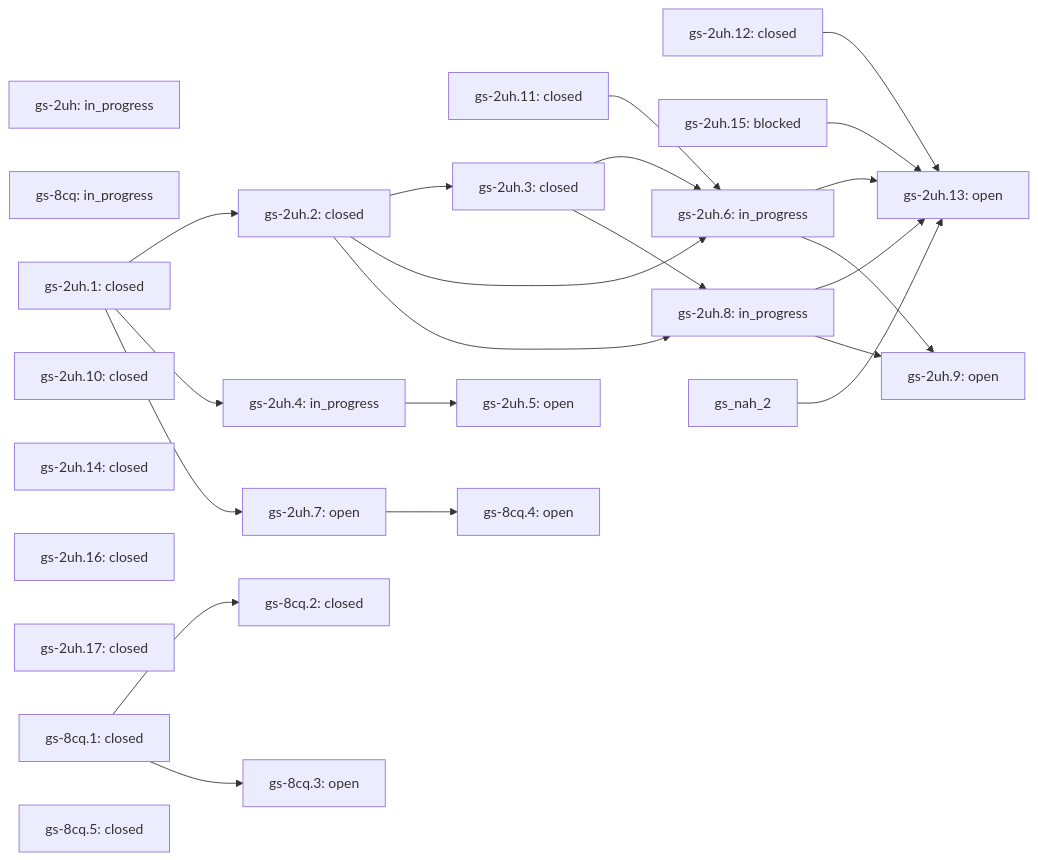
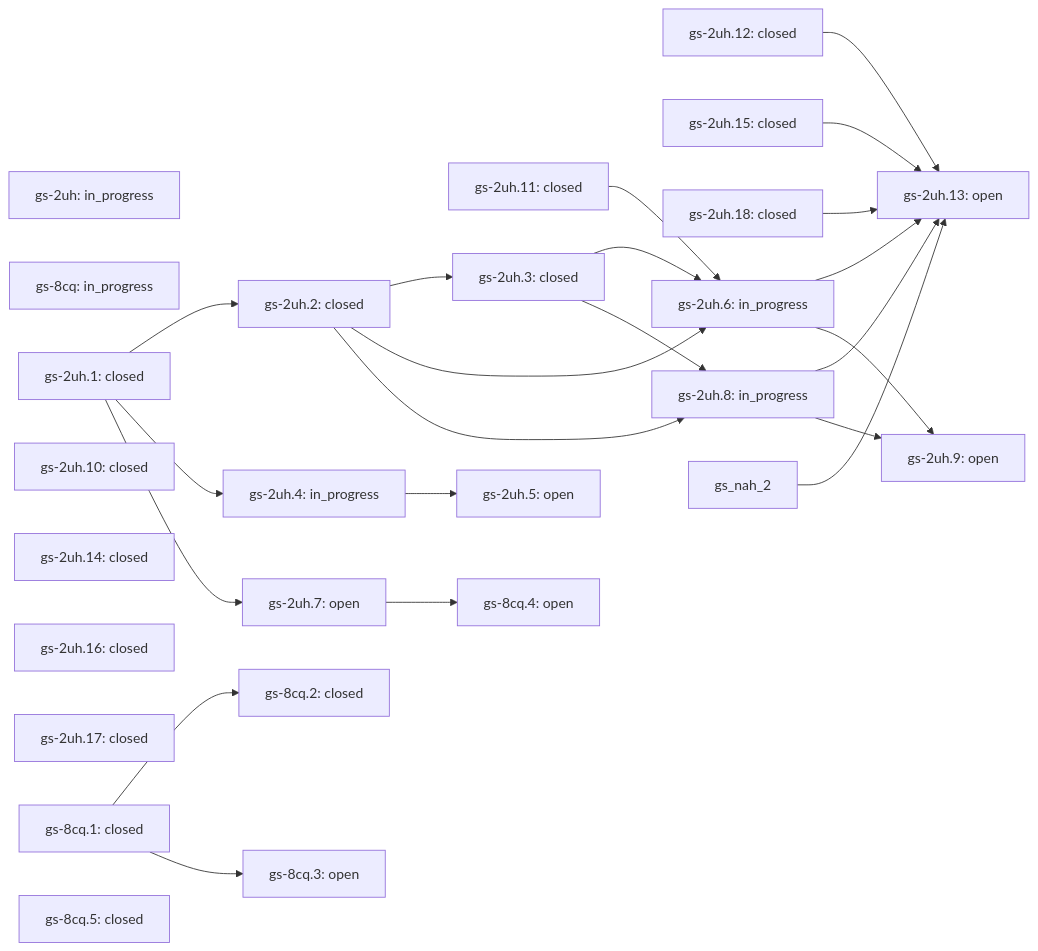
Before and after one commit to lifeofgurpreet/G-Skills: the diagram in docs/skills/vps-health/ROADMAP.md, drawn with Mermaid. The commit also changed other lines of this file and 4 other files, not shown here.

````diff
--- a/docs/skills/vps-health/ROADMAP.md
+++ b/docs/skills/vps-health/ROADMAP.md
@@ -36,47 +37,49 @@
 ```mermaid
 flowchart LR
   gs_2uh["gs-2uh: in_progress"]
   gs_8cq["gs-8cq: in_progress"]
   gs_2uh_1["gs-2uh.1: closed"]
   gs_2uh_10["gs-2uh.10: closed"]
   gs_2uh_11["gs-2uh.11: closed"]
   gs_2uh_12["gs-2uh.12: closed"]
   gs_2uh_13["gs-2uh.13: open"]
   gs_2uh_12 --> gs_2uh_13
   gs_2uh_15 --> gs_2uh_13
+  gs_2uh_18 --> gs_2uh_13
   gs_2uh_6 --> gs_2uh_13
   gs_2uh_8 --> gs_2uh_13
   gs_nah_2 --> gs_2uh_13
   gs_2uh_14["gs-2uh.14: closed"]
-  gs_2uh_15["gs-2uh.15: blocked"]
+  gs_2uh_15["gs-2uh.15: closed"]
   gs_2uh_16["gs-2uh.16: closed"]
   gs_2uh_17["gs-2uh.17: closed"]
+  gs_2uh_18["gs-2uh.18: closed"]
   gs_2uh_2["gs-2uh.2: closed"]
   gs_2uh_1 --> gs_2uh_2
   gs_2uh_3["gs-2uh.3: closed"]
   gs_2uh_2 --> gs_2uh_3
   gs_2uh_4["gs-2uh.4: in_progress"]
   gs_2uh_1 --> gs_2uh_4
   gs_2uh_5["gs-2uh.5: open"]
   gs_2uh_4 --> gs_2uh_5
   gs_2uh_6["gs-2uh.6: in_progress"]
   gs_2uh_11 --> gs_2uh_6
   gs_2uh_2 --> gs_2uh_6
   gs_2uh_3 --> gs_2uh_6
   gs_2uh_8["gs-2uh.8: in_progress"]
   gs_2uh_2 --> gs_2uh_8
   gs_2uh_3 --> gs_2uh_8
   gs_8cq_1["gs-8cq.1: closed"]
   gs_8cq_2["gs-8cq.2: closed"]
   gs_8cq_1 --> gs_8cq_2
   gs_2uh_7["gs-2uh.7: open"]
   gs_2uh_1 --> gs_2uh_7
   gs_2uh_9["gs-2uh.9: open"]
   gs_2uh_6 --> gs_2uh_9
   gs_2uh_8 --> gs_2uh_9
   gs_8cq_3["gs-8cq.3: open"]
   gs_8cq_1 --> gs_8cq_3
   gs_8cq_4["gs-8cq.4: open"]
   gs_2uh_7 --> gs_8cq_4
   gs_8cq_5["gs-8cq.5: closed"]
 ```
````
